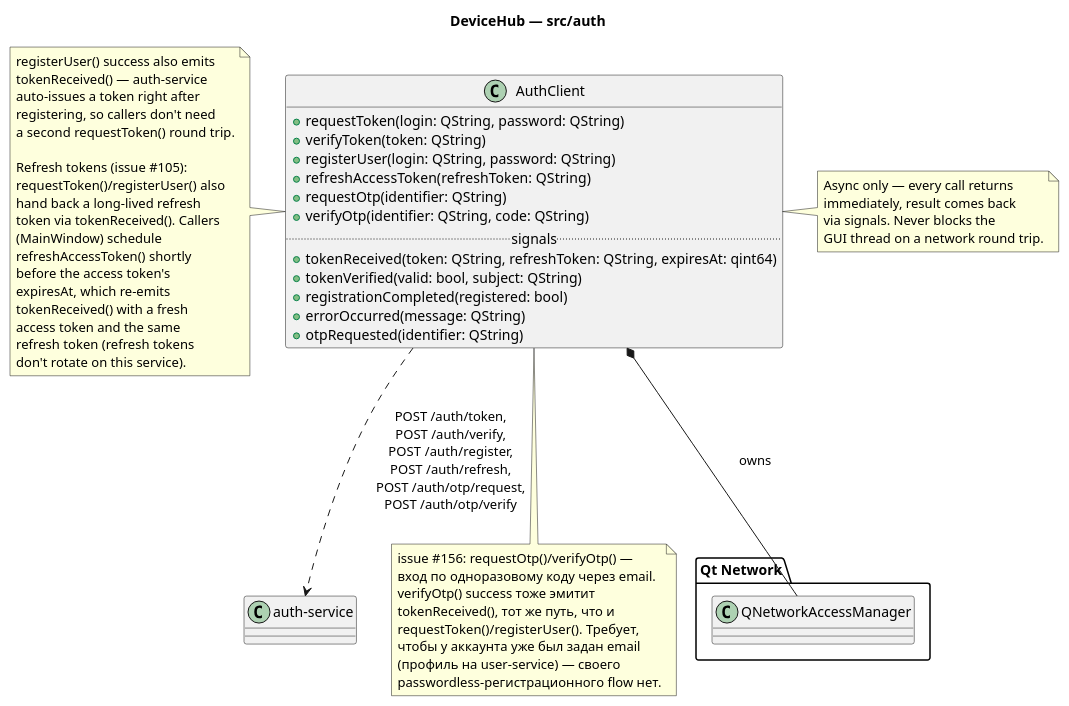
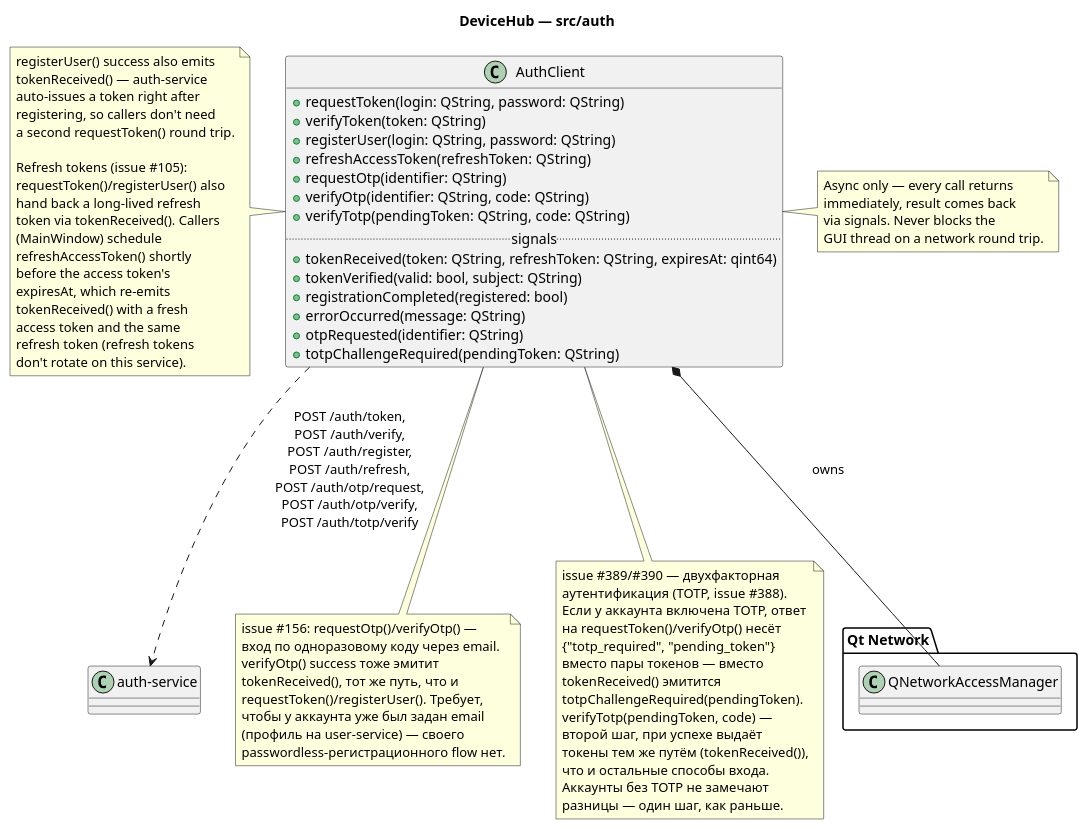
Before and after one commit to NekrasovIS/Exp: the diagram in docs/diagrams/auth.puml, drawn with PlantUML. The commit also changed 28 other files, not shown here.

```diff
--- a/docs/diagrams/auth.puml
+++ b/docs/diagrams/auth.puml
@@ -1,64 +1,84 @@
 @startuml auth
 title DeviceHub — src/auth
 
 package "Qt Network" {
   class QNetworkAccessManager
 }
 
 class AuthClient {
   +requestToken(login: QString, password: QString)
   +verifyToken(token: QString)
   +registerUser(login: QString, password: QString)
   +refreshAccessToken(refreshToken: QString)
   +requestOtp(identifier: QString)
   +verifyOtp(identifier: QString, code: QString)
+  +verifyTotp(pendingToken: QString, code: QString)
   .. signals ..
   +tokenReceived(token: QString, refreshToken: QString, expiresAt: qint64)
   +tokenVerified(valid: bool, subject: QString)
   +registrationCompleted(registered: bool)
   +errorOccurred(message: QString)
   +otpRequested(identifier: QString)
+  +totpChallengeRequired(pendingToken: QString)
 }
 AuthClient *-- QNetworkAccessManager : owns
-AuthClient ..> "auth-service" : POST /auth/token,\nPOST /auth/verify,\nPOST /auth/register,\nPOST /auth/refresh,\nPOST /auth/otp/request,\nPOST /auth/otp/verify
+AuthClient ..> "auth-service" : POST /auth/token,\nPOST /auth/verify,\nPOST /auth/register,\nPOST /auth/refresh,\nPOST /auth/otp/request,\nPOST /auth/otp/verify,\nPOST /auth/totp/verify
 
 note left of AuthClient
   registerUser() success also emits
   tokenReceived() — auth-service
   auto-issues a token right after
   registering, so callers don't need
   a second requestToken() round trip.
 
   Refresh tokens (issue #105):
   requestToken()/registerUser() also
   hand back a long-lived refresh
   token via tokenReceived(). Callers
   (MainWindow) schedule
   refreshAccessToken() shortly
   before the access token's
   expiresAt, which re-emits
   tokenReceived() with a fresh
   access token and the same
   refresh token (refresh tokens
   don't rotate on this service).
 end note
 
 note right of AuthClient
   Async only — every call returns
   immediately, result comes back
   via signals. Never blocks the
   GUI thread on a network round trip.
 end note
 
 note bottom of AuthClient
   issue #156: requestOtp()/verifyOtp() —
   вход по одноразовому коду через email.
   verifyOtp() success тоже эмитит
   tokenReceived(), тот же путь, что и
   requestToken()/registerUser(). Требует,
   чтобы у аккаунта уже был задан email
   (профиль на user-service) — своего
   passwordless-регистрационного flow нет.
 end note
 
+note as TotpNote
+  issue #389/#390 — двухфакторная
+  аутентификация (TOTP, issue #388).
+  Если у аккаунта включена TOTP, ответ
+  на requestToken()/verifyOtp() несёт
+  {"totp_required", "pending_token"}
+  вместо пары токенов — вместо
+  tokenReceived() эмитится
+  totpChallengeRequired(pendingToken).
+  verifyTotp(pendingToken, code) —
+  второй шаг, при успехе выдаёт
+  токены тем же путём (tokenReceived()),
+  что и остальные способы входа.
+  Аккаунты без TOTP не замечают
+  разницы — один шаг, как раньше.
+end note
+AuthClient .. TotpNote
+
 @enduml
```
